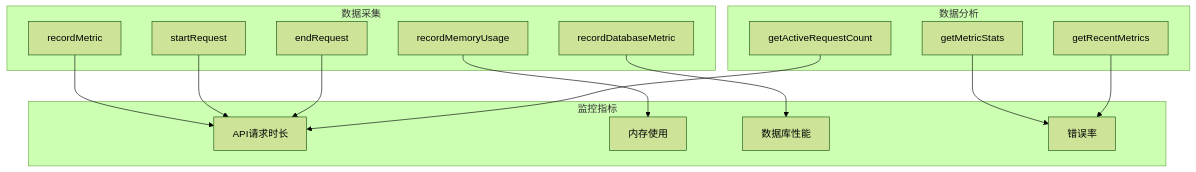
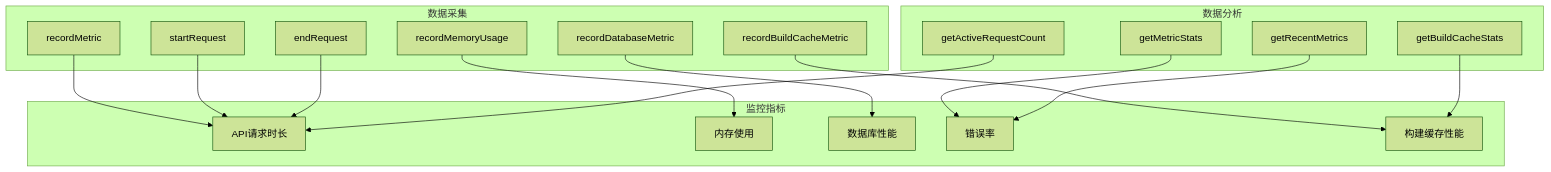
The seventh of 7 diagrams in .qoder/repowiki/zh/content/故障排查与调试.md (arthurlee116/english-listening-trainer), drawn with Mermaid (forest theme) before and after one commit. The commit also changed other lines of this file and 70 other files, not shown here.

````diff
--- a/.qoder/repowiki/zh/content/故障排查与调试.md
+++ b/.qoder/repowiki/zh/content/故障排查与调试.md
@@ -488,29 +503,34 @@
 ```mermaid
 graph TB
 subgraph "监控指标"
 A[API请求时长]
 B[内存使用]
 C[数据库性能]
 D[错误率]
+E[构建缓存性能]
 end
 subgraph "数据采集"
-E[recordMetric]
-F[startRequest]
-G[endRequest]
-H[recordMemoryUsage]
-I[recordDatabaseMetric]
+F[recordMetric]
+G[startRequest]
+H[endRequest]
+I[recordMemoryUsage]
+J[recordDatabaseMetric]
+K[recordBuildCacheMetric]
 end
 subgraph "数据分析"
-J[getMetricStats]
-K[getRecentMetrics]
-L[getActiveRequestCount]
+L[getMetricStats]
+M[getRecentMetrics]
+N[getActiveRequestCount]
+O[getBuildCacheStats]
 end
-E --> A
 F --> A
 G --> A
-H --> B
-I --> C
-J --> D
-K --> D
-L --> A
+H --> A
+I --> B
+J --> C
+K --> E
+L --> D
+M --> D
+N --> A
+O --> E
 ```
````
